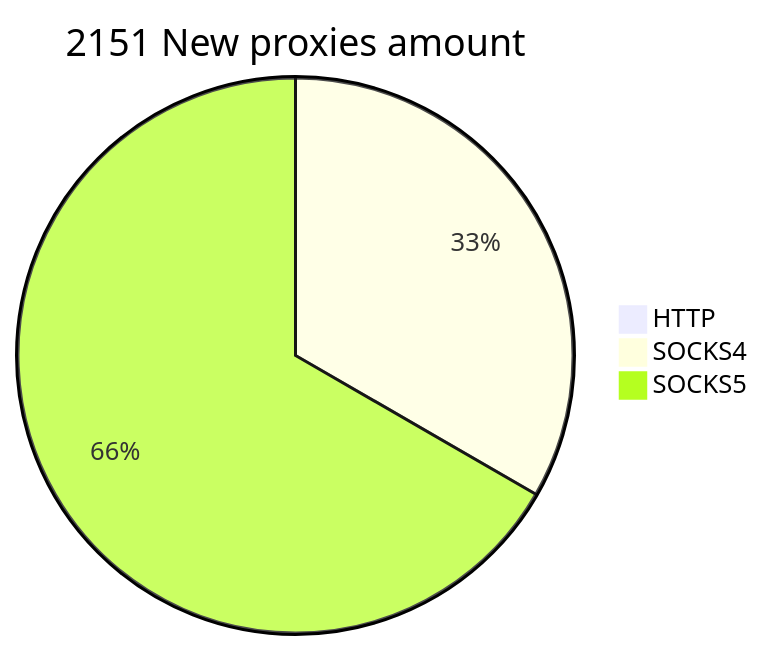
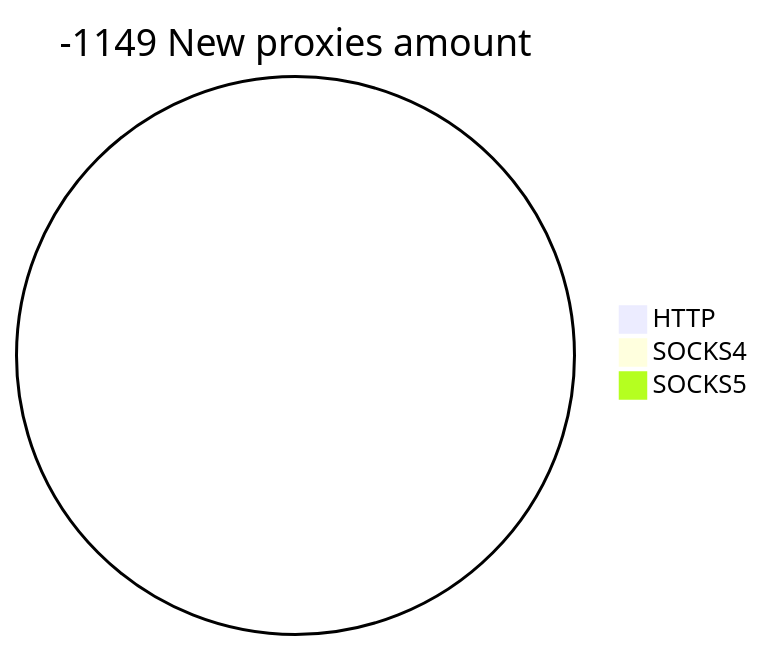
Before and after one commit to cutipu/proxylist: the second of 2 diagrams in README.md, drawn with Mermaid. The commit also changed other lines of this file, not shown here.

````diff
--- a/README.md
+++ b/README.md
@@ -10,6 +10,6 @@
 ```mermaid
-pie title 2151 New proxies amount
-    "HTTP" : 12
-    "SOCKS4" : 713
-    "SOCKS5" : 1426
+pie title -1149 New proxies amount
+    "HTTP" : 0
+    "SOCKS4" : 0
+    "SOCKS5" : 0
 ```
````
